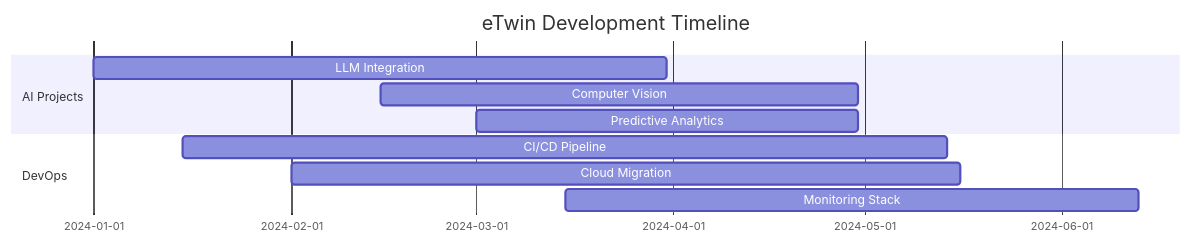
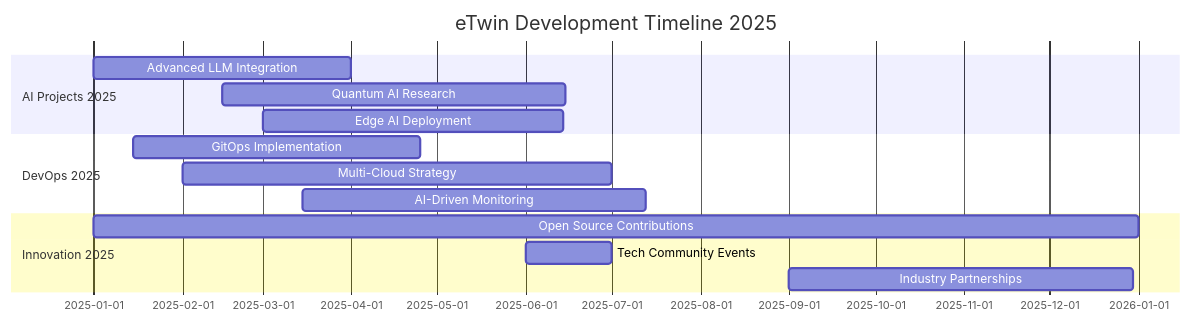
Before and after one commit to etwin-Technology/.github: the second of 2 diagrams in profile/README.md, drawn with Mermaid. The commit also changed other lines of this file, not shown here.

````diff
--- a/profile/README.md
+++ b/profile/README.md
@@ -154,13 +174,17 @@
 ```mermaid
 gantt
-    title eTwin Development Timeline
+    title eTwin Development Timeline 2025
     dateFormat  YYYY-MM-DD
-    section AI Projects
-    LLM Integration      :2024-01-01, 90d
-    Computer Vision      :2024-02-15, 75d
-    Predictive Analytics :2024-03-01, 60d
-    section DevOps
-    CI/CD Pipeline       :2024-01-15, 120d
-    Cloud Migration      :2024-02-01, 105d
-    Monitoring Stack     :2024-03-15, 90d
+    section AI Projects 2025
+    Advanced LLM Integration      :2025-01-01, 90d
+    Quantum AI Research           :2025-02-15, 120d
+    Edge AI Deployment            :2025-03-01, 105d
+    section DevOps 2025
+    GitOps Implementation         :2025-01-15, 100d
+    Multi-Cloud Strategy          :2025-02-01, 150d
+    AI-Driven Monitoring          :2025-03-15, 120d
+    section Innovation 2025
+    Open Source Contributions     :2025-01-01, 365d
+    Tech Community Events         :2025-06-01, 30d
+    Industry Partnerships         :2025-09-01, 120d
 ```
````
